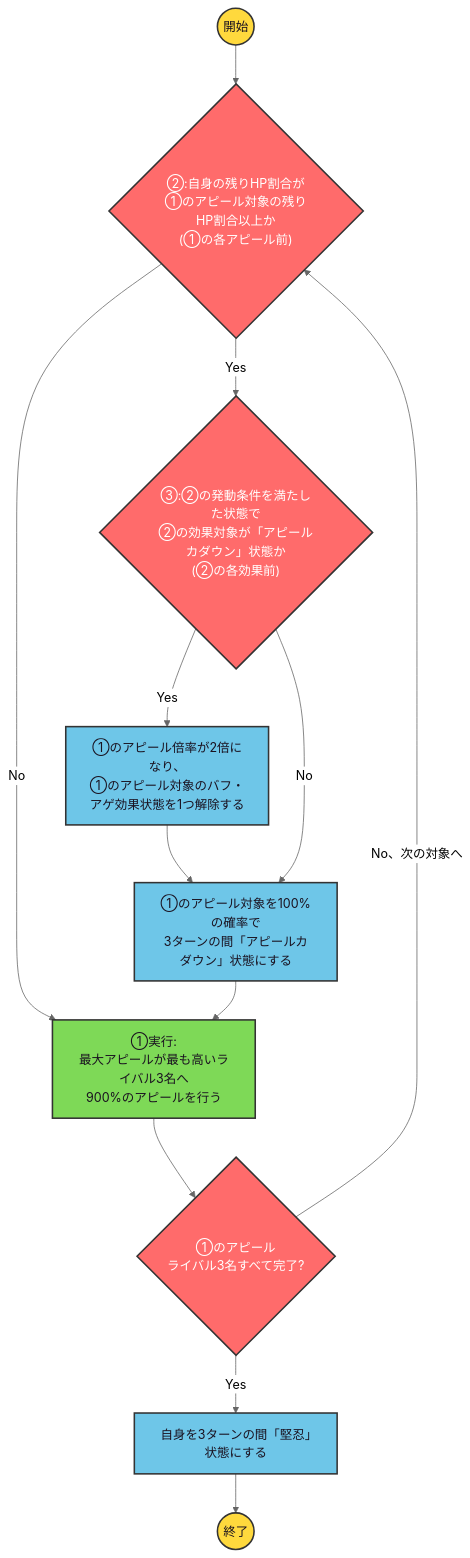
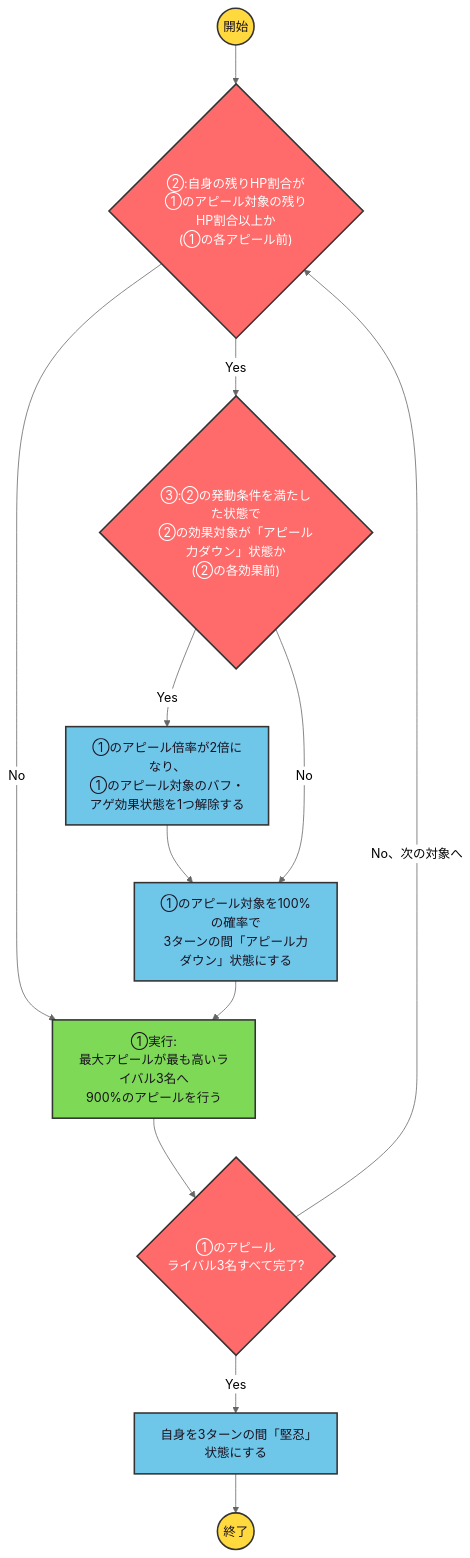
One commit to ryomochi0918/nogifra-characters changed the diagram in data/sato_rika/11thbasura4kisei_skill1.mmd. Above: the diagram before and after it, drawn with Mermaid (neutral theme). The commit also changed 19 other files, not shown here.

```diff
--- a/data/sato_rika/11thbasura4kisei_skill1.mmd
+++ b/data/sato_rika/11thbasura4kisei_skill1.mmd
@@ -1,15 +1,15 @@
 flowchart TD
     classDef startend fill:#FFD93D,stroke:#333,stroke-width:2px,color:#1a1220;
     classDef cond fill:#FF6B6B,stroke:#333,stroke-width:2px,color:#ffffff;
     classDef effect fill:#6EC6E8,stroke:#333,stroke-width:2px,color:#1a1220;
     classDef action fill:#7ED957,stroke:#333,stroke-width:2px,color:#1a1220;
 
     start(("開始")):::startend --> c2{"②:自身の残りHP割合が<br/>①のアピール対象の残りHP割合以上か<br/>(①の各アピール前)"}:::cond
-    c2 -->|"Yes"| c3{"③:②の発動条件を満たした状態で<br/>②の効果対象が「アピールカダウン」状態か<br/>(②の各効果前)"}:::cond
+    c2 -->|"Yes"| c3{"③:②の発動条件を満たした状態で<br/>②の効果対象が「アピール力ダウン」状態か<br/>(②の各効果前)"}:::cond
     c2 -->|"No"| a1
     c3 -->|"Yes"| e3["①のアピール倍率が2倍になり、<br/>①のアピール対象のバフ・アゲ効果状態を1つ解除する"]:::effect --> e2
-    c3 -->|"No"| e2["①のアピール対象を100%の確率で<br/>3ターンの間「アピールカダウン」状態にする"]:::effect
+    c3 -->|"No"| e2["①のアピール対象を100%の確率で<br/>3ターンの間「アピール力ダウン」状態にする"]:::effect
     e2 --> a1["①実行:<br/>最大アピールが最も高いライバル3名へ<br/>900%のアピールを行う"]:::action
     a1 --> lc1{"①のアピール<br/>ライバル3名すべて完了?"}:::cond
     lc1 -->|"No、次の対象へ"| c2
     lc1 -->|"Yes"| e4["自身を3ターンの間「堅忍」状態にする"]:::effect --> finish(("終了")):::startend
```
